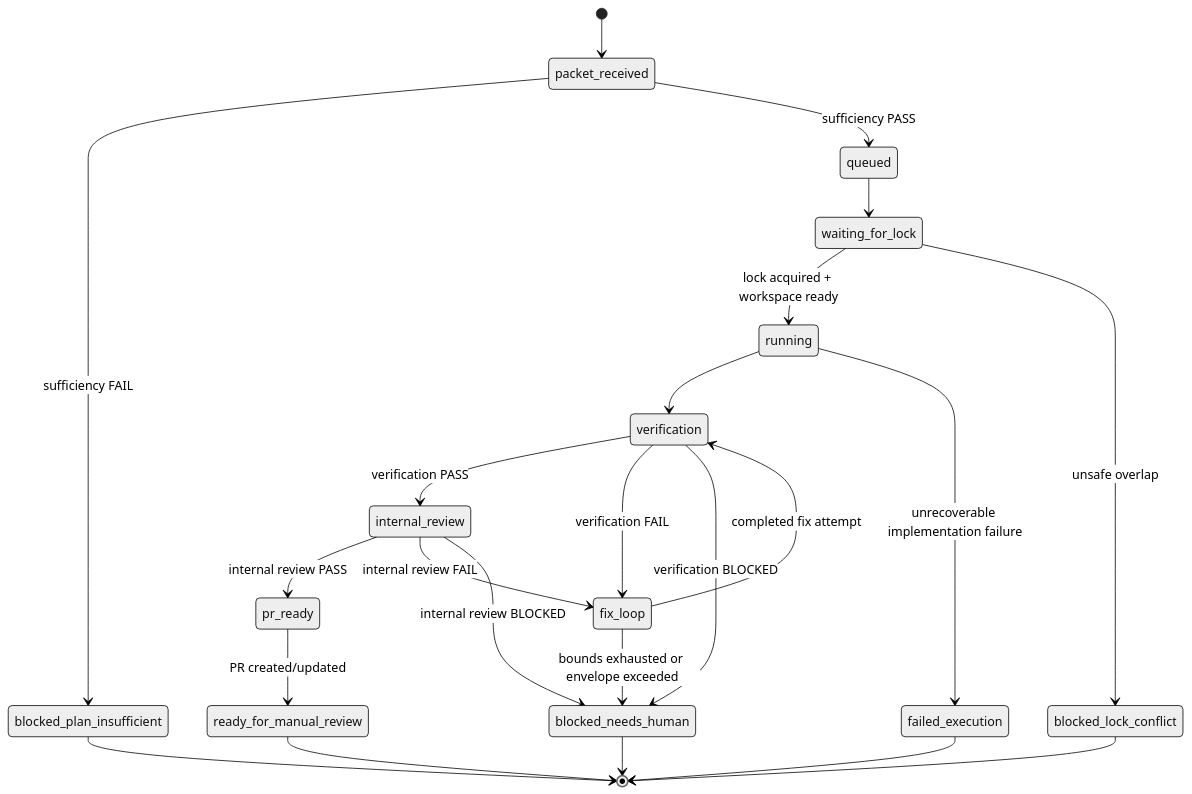
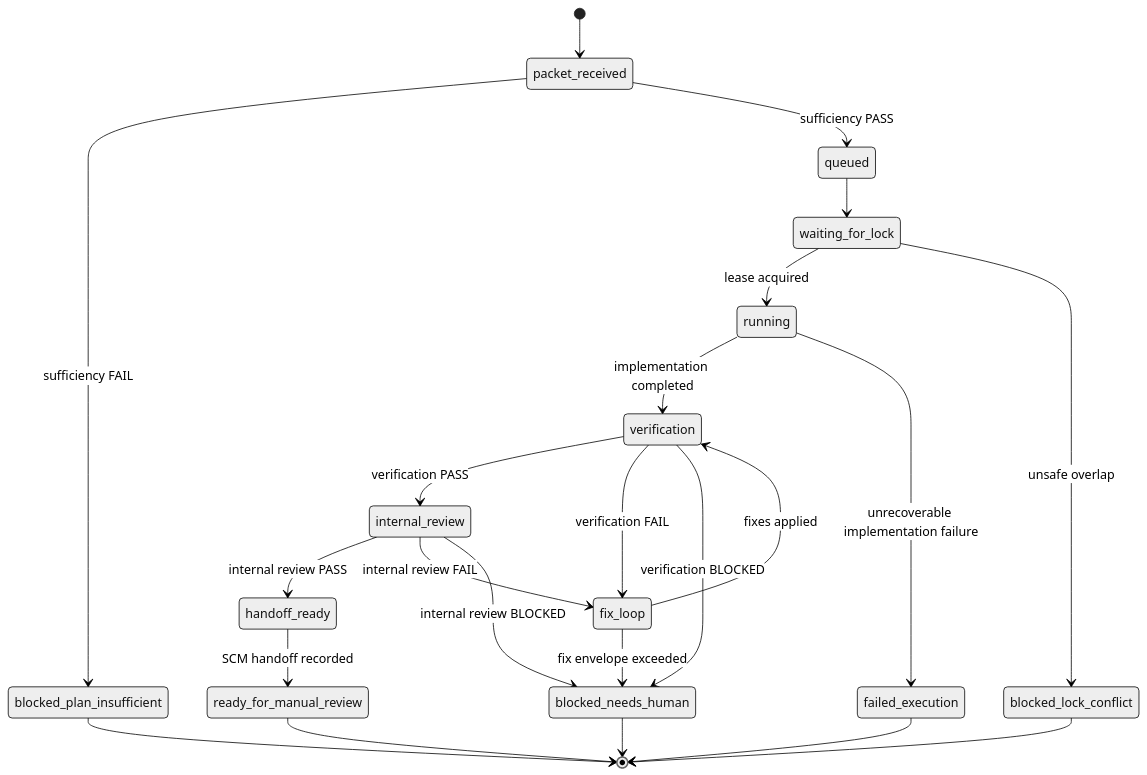
One commit to MrFlashAccount/Buran changed the diagram in docs/state-machine.md. Above: the diagram before and after it, drawn with Mermaid (neutral theme). The commit also changed other lines of this file and 134 other files, not shown here.

````diff
--- a/docs/state-machine.md
+++ b/docs/state-machine.md
@@ -11,25 +7,25 @@
 ```mermaid
 stateDiagram-v2
   [*] --> packet_received
   packet_received --> blocked_plan_insufficient: sufficiency FAIL
   packet_received --> queued: sufficiency PASS
   queued --> waiting_for_lock
-  waiting_for_lock --> running: lock acquired + workspace ready
+  waiting_for_lock --> running: lease acquired
   waiting_for_lock --> blocked_lock_conflict: unsafe overlap
-  running --> verification
+  running --> verification: implementation completed
   running --> failed_execution: unrecoverable implementation failure
   verification --> internal_review: verification PASS
   verification --> fix_loop: verification FAIL
   verification --> blocked_needs_human: verification BLOCKED
-  internal_review --> pr_ready: internal review PASS
+  internal_review --> handoff_ready: internal review PASS
   internal_review --> fix_loop: internal review FAIL
   internal_review --> blocked_needs_human: internal review BLOCKED
-  fix_loop --> verification: completed fix attempt
-  fix_loop --> blocked_needs_human: bounds exhausted or envelope exceeded
-  pr_ready --> ready_for_manual_review: PR created/updated
+  fix_loop --> verification: fixes applied
+  fix_loop --> blocked_needs_human: fix envelope exceeded
+  handoff_ready --> ready_for_manual_review: SCM handoff recorded
   ready_for_manual_review --> [*]
   blocked_plan_insufficient --> [*]
   blocked_lock_conflict --> [*]
   blocked_needs_human --> [*]
   failed_execution --> [*]
 ```
````
